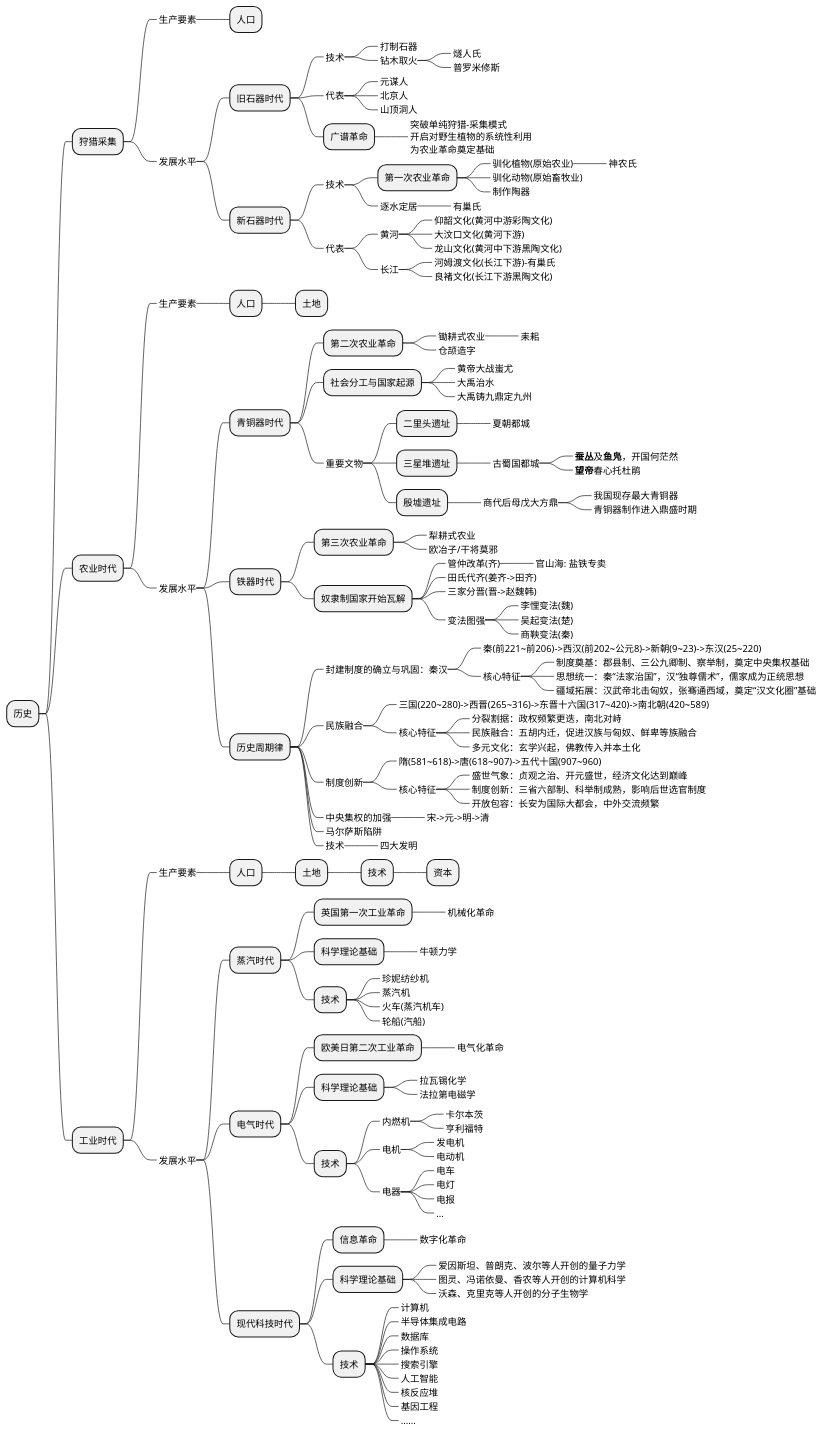
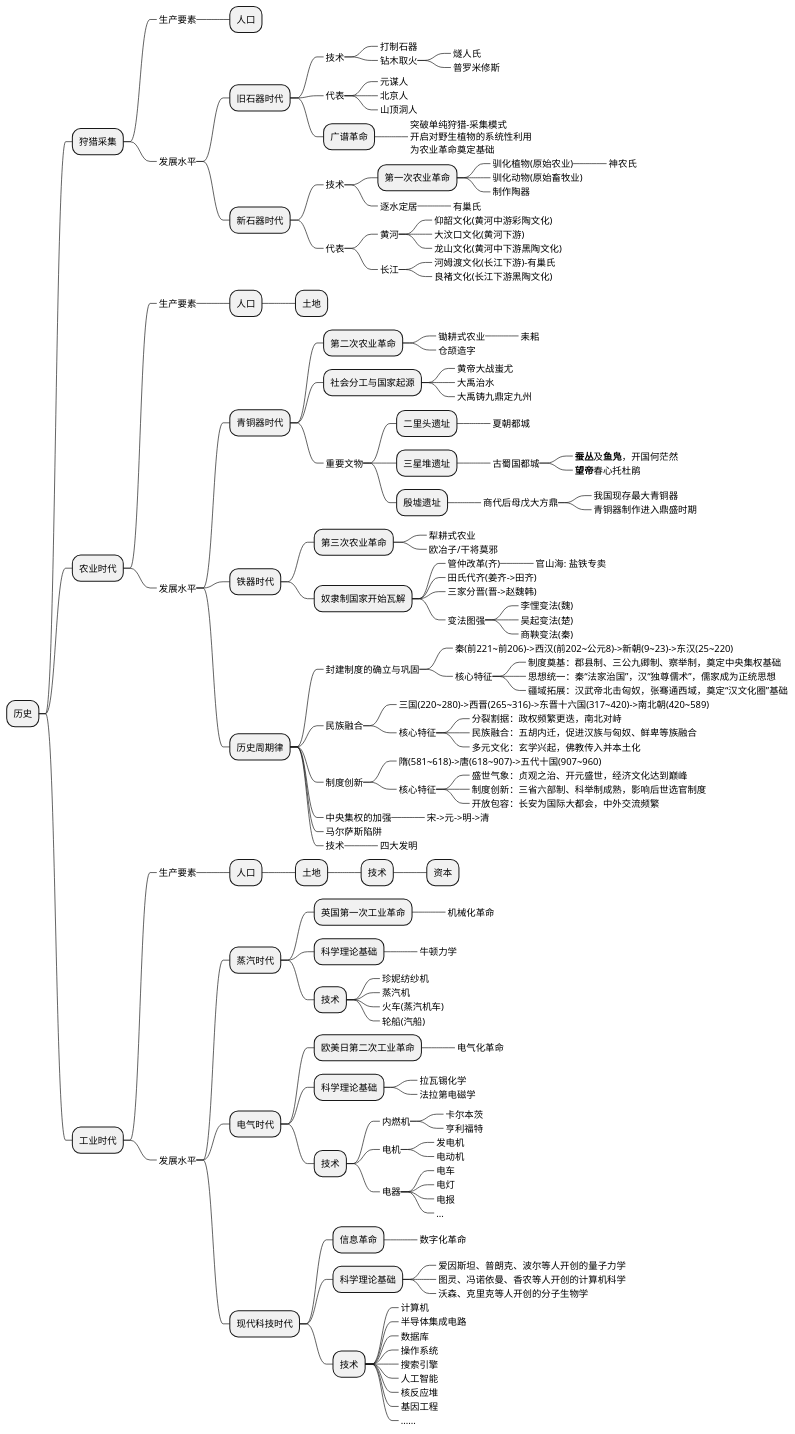
The first of 2 diagrams in source/_posts/economic/economic_and_history.md (holmofy/blog.hufeifei.cn), drawn with PlantUML before and after one commit.

```diff
--- a/source/_posts/economic/economic_and_history.md
+++ b/source/_posts/economic/economic_and_history.md
@@ -89,7 +89,7 @@
 +++++++_ 吴起变法(楚)
 +++++++_ 商鞅变法(秦)
 ++++ 历史周期律
-+++++_ 封建制度的确立与巩固：秦汉
++++++_ 封建制度的确立与巩固
 ++++++_ 秦(前221~前206)->西汉(前202~公元8)->新朝(9~23)->东汉(25~220)
 ++++++_ 核心特征
 +++++++_ 制度奠基：郡县制、三公九卿制、察举制，奠定中央集权基础
```
